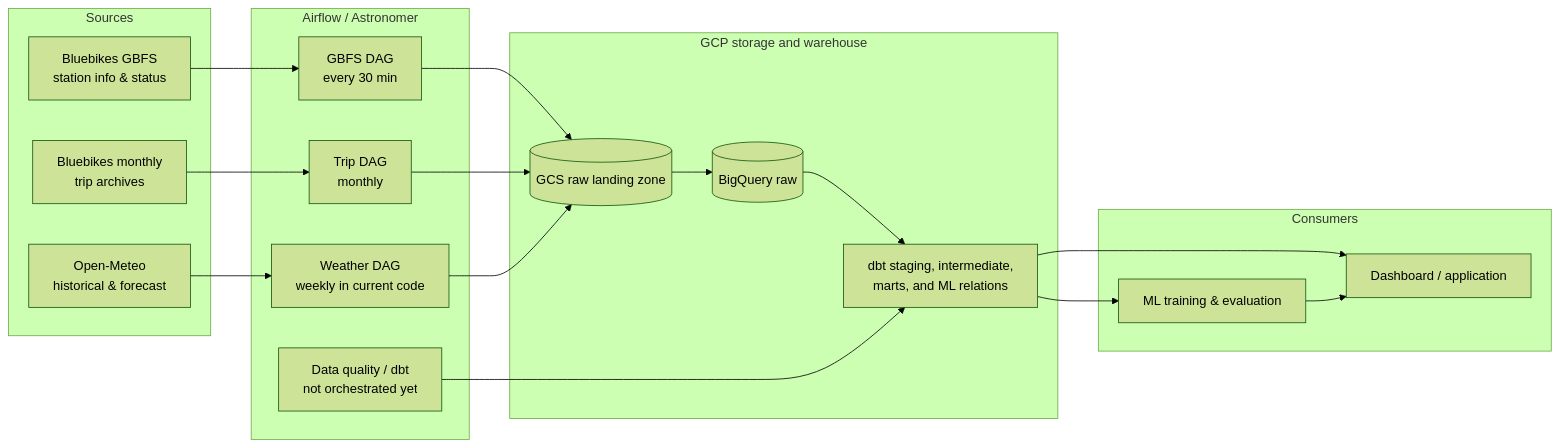
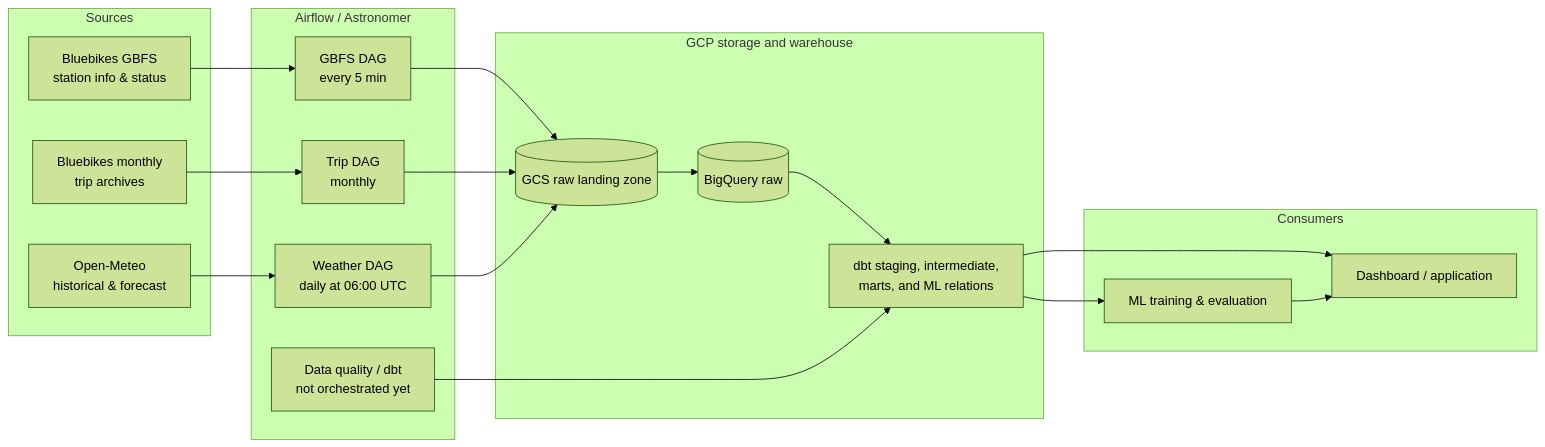
One commit to EmperorRP/ba882-bluebikes-availability-pipeline changed the first of 2 diagrams in docs/pipeline-status.md. Above: the diagram before and after it, drawn with Mermaid (forest theme). The commit also changed other lines of this file and 1 other file, not shown here.

````diff
--- a/docs/pipeline-status.md
+++ b/docs/pipeline-status.md
@@ -20,39 +20,39 @@
 ```mermaid
 flowchart LR
     subgraph Sources
         GBFS[Bluebikes GBFS<br/>station info & status]
         Trips[Bluebikes monthly<br/>trip archives]
         Weather[Open-Meteo<br/>historical & forecast]
     end
 
     subgraph Orchestration["Airflow / Astronomer"]
-        G[GBFS DAG<br/>every 30 min]
+        G[GBFS DAG<br/>every 5 min]
         T[Trip DAG<br/>monthly]
-        W[Weather DAG<br/>weekly in current code]
+        W[Weather DAG<br/>daily at 06:00 UTC]
         DQ[Data quality / dbt<br/>not orchestrated yet]
     end
 
     subgraph Storage["GCP storage and warehouse"]
         GCS[(GCS raw landing zone)]
         Raw[(BigQuery raw)]
         DBT[dbt staging, intermediate,<br/>marts, and ML relations]
     end
 
     subgraph Consumers
         ML[ML training & evaluation]
         App[Dashboard / application]
     end
 
     GBFS --> G
     Trips --> T
     Weather --> W
     G --> GCS
     T --> GCS
     W --> GCS
     GCS --> Raw
     Raw --> DBT
     DQ --> DBT
     DBT --> ML
     DBT --> App
     ML --> App
 ```
````
